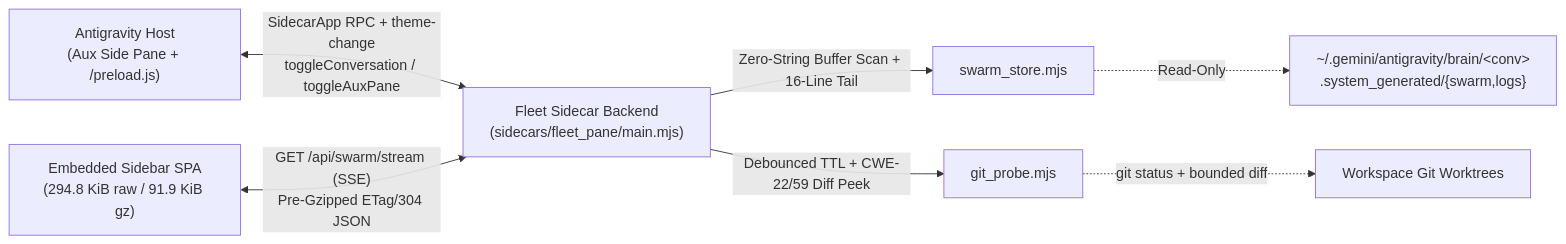
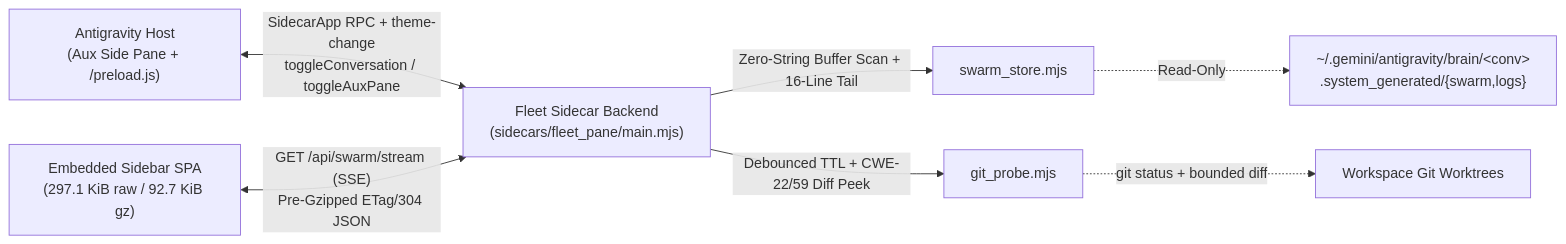
One commit to cayleb-james2008/dsh-fleet changed the diagram in README.md. Above: the diagram before and after it, drawn with Mermaid. The commit also changed other lines of this file and 30 other files, not shown here.

````diff
--- a/README.md
+++ b/README.md
@@ -82,9 +82,9 @@
 ```mermaid
 flowchart LR
     Host["Antigravity Host<br/>(Aux Side Pane + /preload.js)"] <-->|"SidecarApp RPC + theme-change<br/>toggleConversation / toggleAuxPane"| Backend["Fleet Sidecar Backend<br/>(sidecars/fleet_pane/main.mjs)"]
-    UI["Embedded Sidebar SPA<br/>(294.8 KiB raw / 91.9 KiB gz)"] <-->|"GET /api/swarm/stream (SSE)<br/>Pre-Gzipped ETag/304 JSON"| Backend
+    UI["Embedded Sidebar SPA<br/>(297.1 KiB raw / 92.7 KiB gz)"] <-->|"GET /api/swarm/stream (SSE)<br/>Pre-Gzipped ETag/304 JSON"| Backend
     Backend -->|"Zero-String Buffer Scan + 16-Line Tail"| Store["swarm_store.mjs"]
     Backend -->|"Debounced TTL + CWE-22/59 Diff Peek"| Git["git_probe.mjs"]
     Store -.->|"Read-Only"| Brain["~/.gemini/antigravity/brain/&lt;conv&gt;<br/>.system_generated/{swarm,logs}"]
     Git -.->|"git status + bounded diff"| WT["Workspace Git Worktrees"]
 ```
````
